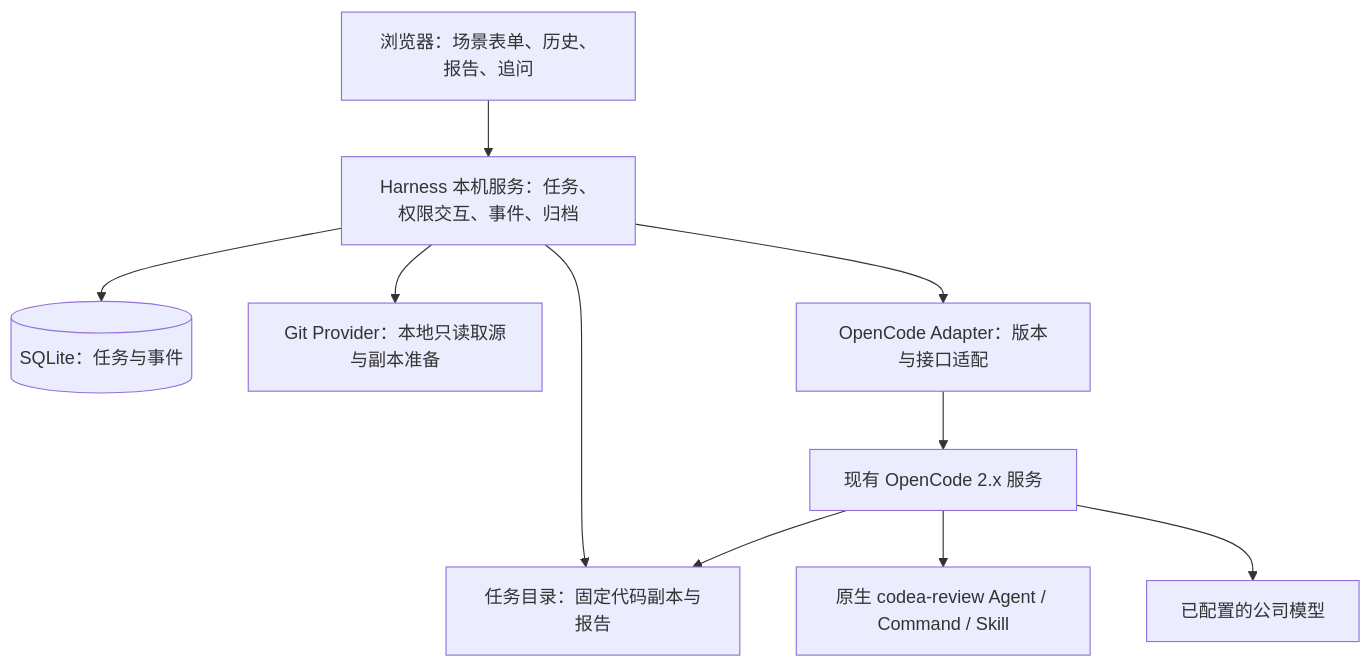
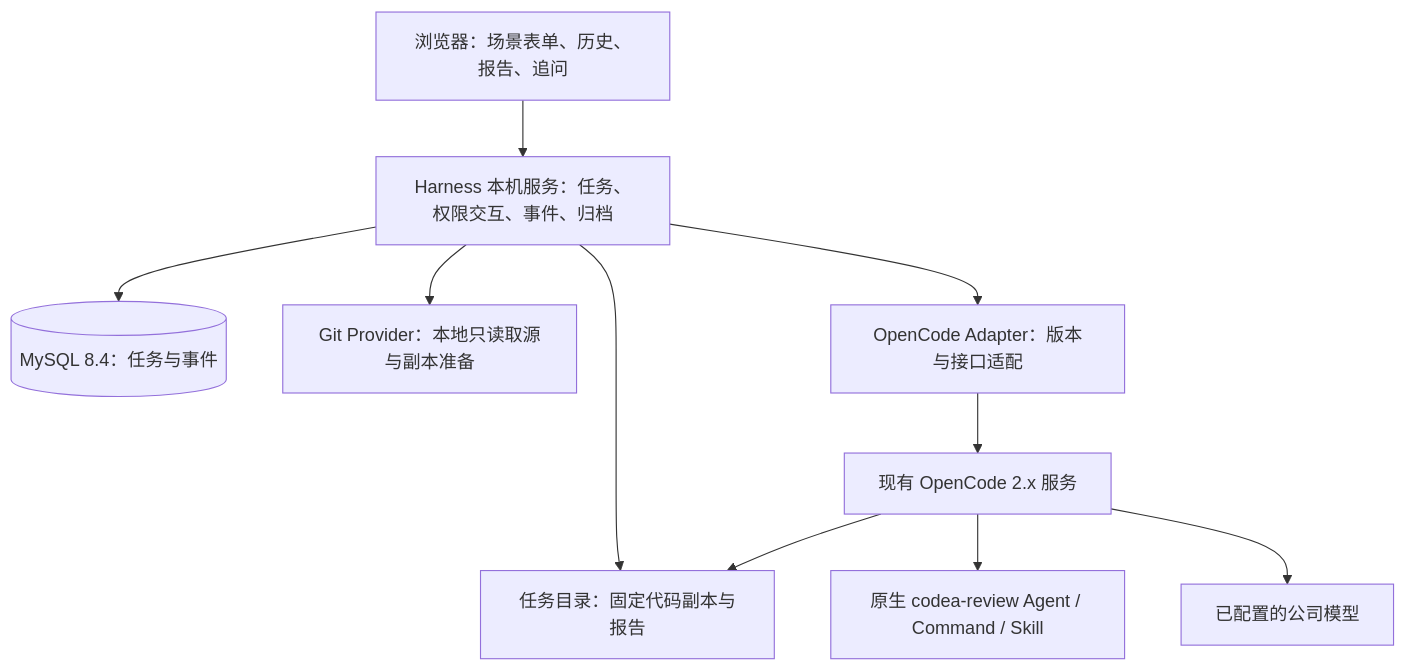
One commit to lingyi9909/codea-harness changed the diagram in docs/superpowers/specs/2026-11-02-code-harness-web-workbench-design.md. Above: the diagram before and after it, drawn with Mermaid. The commit also changed other lines of this file and 5 other files, not shown here.

````diff
--- a/docs/superpowers/specs/2026-11-02-code-harness-web-workbench-design.md
+++ b/docs/superpowers/specs/2026-11-02-code-harness-web-workbench-design.md
@@ -65,21 +67,21 @@
 ```mermaid
 flowchart TB
   Browser[浏览器：场景表单、历史、报告、追问]
   Harness[Harness 本机服务：任务、权限交互、事件、归档]
-  DB[(SQLite：任务与事件)]
+  DB[(MySQL 8.4：任务与事件)]
   Files[任务目录：固定代码副本与报告]
   Git[Git Provider：本地只读取源与副本准备]
   Adapter[OpenCode Adapter：版本与接口适配]
   OC[现有 OpenCode 2.x 服务]
   Assets[原生 codea-review Agent / Command / Skill]
   Model[已配置的公司模型]
   Browser --> Harness
   Harness --> DB
   Harness --> Files
   Harness --> Git
   Harness --> Adapter
   Adapter --> OC
   OC --> Assets
   OC --> Model
   OC --> Files
 ```
````
